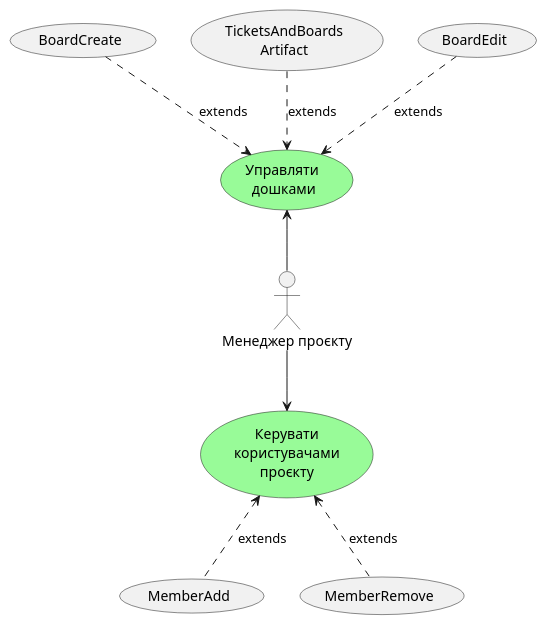
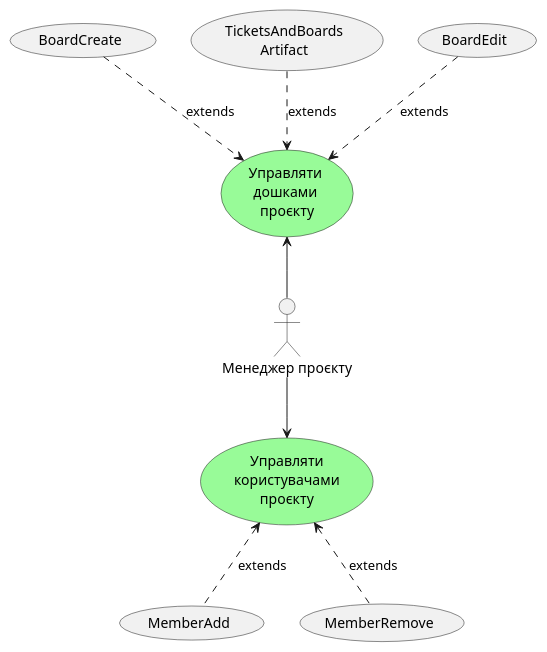
The fourth of 17 diagrams in docs/use cases/README.md (yaryna-bashchak/db_course_work), drawn with PlantUML before and after one commit. The commit also changed other lines of this file, not shown here.

```diff
--- a/docs/use cases/README.md
+++ b/docs/use cases/README.md
@@ -43,27 +120,27 @@
 @startuml
 
 "Менеджер проєкту" as actor
-usecase "Управляти \nдошками" as MngBrd #palegreen
+usecase "Управляти \nдошками \nпроєкту" as MngBrd #palegreen
 
 actor -u-> MngBrd
 
 usecase "BoardCreate" as BrdCr
 usecase "TicketsAndBoards\nArtifact" as TckAndBrdCr
 usecase "BoardEdit" as BrdEd
 
 BrdCr .d.> MngBrd :extends
 TckAndBrdCr .d.> MngBrd :extends
 BrdEd .d.> MngBrd :extends
 
 
-usecase "Керувати\nкористувачами\nпроєкту" as MngUsOfProj #palegreen
+usecase "Управляти\nкористувачами\nпроєкту" as MngUsOfProj #palegreen
 
 actor -d-> MngUsOfProj
 
 usecase "MemberAdd" as MmbAdd
 usecase "MemberRemove" as MmbRm
 
 MmbAdd .u.> MngUsOfProj :extends
 MmbRm .u.> MngUsOfProj :extends
 
 @enduml
```
